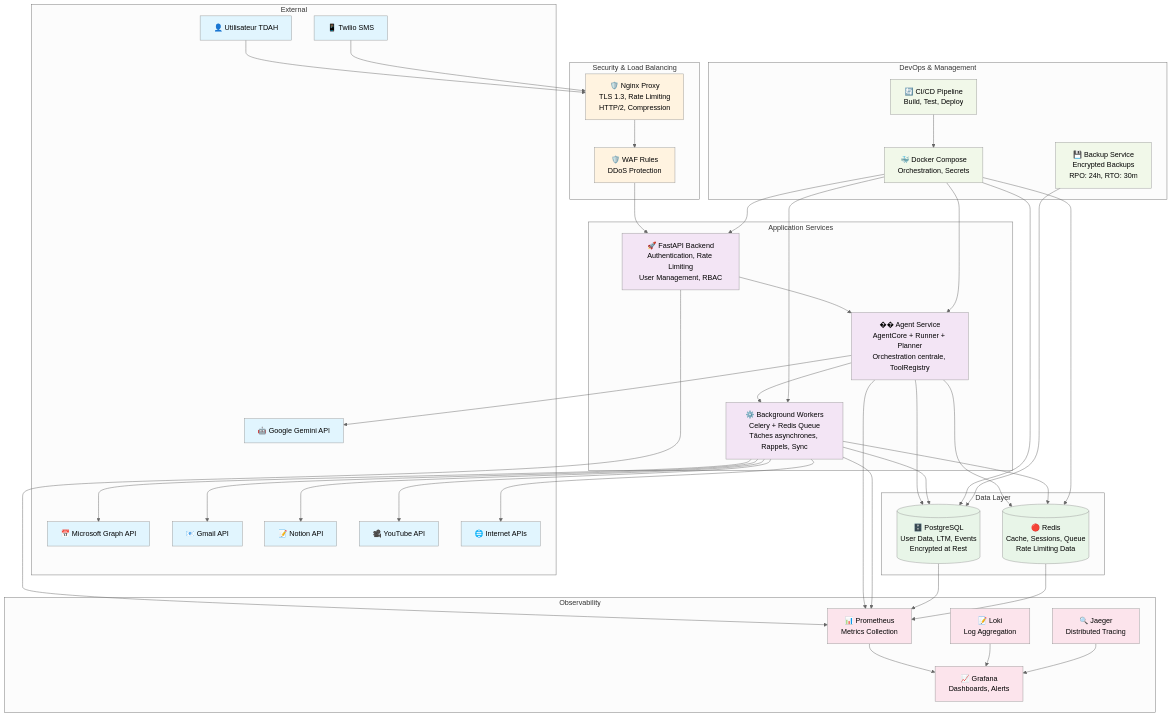
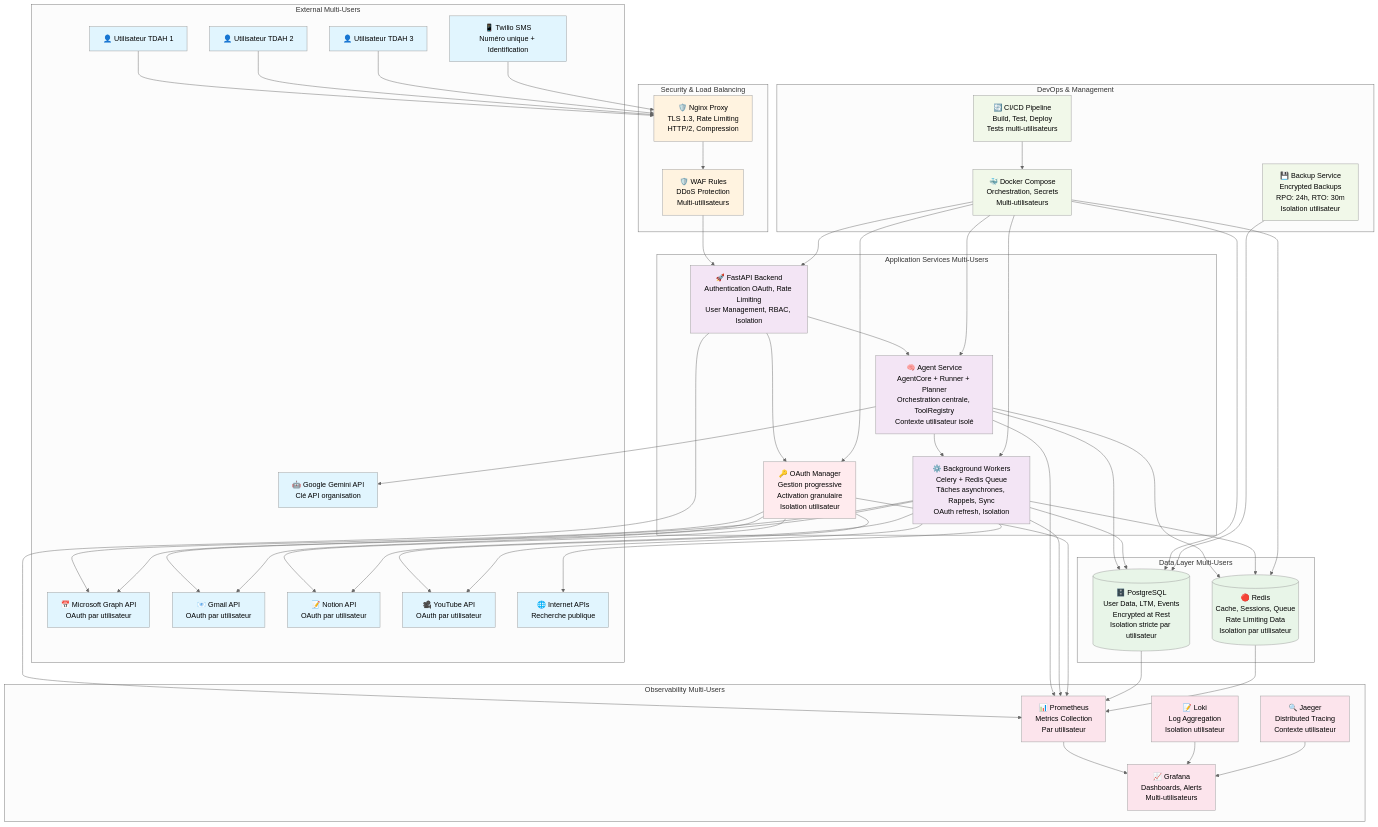
The first of 2 diagrams in docs/architecture/2_MAE_technical_solution.md (BlokusPokus/ai_assistant), drawn with Mermaid (neutral theme) before and after one commit. The commit also changed other lines of this file and 13 other files, not shown here.

First line of the commit message:
feat: Enhance Architecture Documentation for Multi-User Support and OAuth Integration

````diff
--- a/docs/architecture/2_MAE_technical_solution.md
+++ b/docs/architecture/2_MAE_technical_solution.md
@@ -80,53 +83,58 @@
 ```mermaid
 graph TB
     %% External Users and Services
-    subgraph "External"
-        USER[👤 Utilisateur TDAH]
-        TWILIO[📱 Twilio SMS]
-        GEMINI[🤖 Google Gemini API]
-        GRAPH[📅 Microsoft Graph API]
-        GMAIL[📧 Gmail API]
-        NOTION[📝 Notion API]
-        YOUTUBE[🎥 YouTube API]
-        INTERNET[🌐 Internet APIs]
+    subgraph "External Multi-Users"
+        USER1[👤 Utilisateur TDAH 1]
+        USER2[👤 Utilisateur TDAH 2]
+        USER3[👤 Utilisateur TDAH 3]
+        TWILIO[📱 Twilio SMS<br/>Numéro unique + Identification]
+        GEMINI[🤖 Google Gemini API<br/>Clé API organisation]
+        GRAPH[📅 Microsoft Graph API<br/>OAuth par utilisateur]
+        GMAIL[📧 Gmail API<br/>OAuth par utilisateur]
+        NOTION[📝 Notion API<br/>OAuth par utilisateur]
+        YOUTUBE[🎥 YouTube API<br/>OAuth par utilisateur]
+        INTERNET[🌐 Internet APIs<br/>Recherche publique]
     end
 
     %% Load Balancer and Security Layer
     subgraph "Security & Load Balancing"
         NGINX[🛡️ Nginx Proxy<br/>TLS 1.3, Rate Limiting<br/>HTTP/2, Compression]
-        WAF[🛡️ WAF Rules<br/>DDoS Protection]
+        WAF[🛡️ WAF Rules<br/>DDoS Protection<br/>Multi-utilisateurs]
     end
 
     %% Main Application Services
-    subgraph "Application Services"
-        API[🚀 FastAPI Backend<br/>Authentication, Rate Limiting<br/>User Management, RBAC]
-        AGENT[�� Agent Service<br/>AgentCore + Runner + Planner<br/>Orchestration centrale, ToolRegistry]
-        WORKERS[⚙️ Background Workers<br/>Celery + Redis Queue<br/>Tâches asynchrones, Rappels, Sync]
+    subgraph "Application Services Multi-Users"
+        API[🚀 FastAPI Backend<br/>Authentication OAuth, Rate Limiting<br/>User Management, RBAC, Isolation]
+        AGENT[🧠 Agent Service<br/>AgentCore + Runner + Planner<br/>Orchestration centrale, ToolRegistry<br/>Contexte utilisateur isolé]
+        WORKERS[⚙️ Background Workers<br/>Celery + Redis Queue<br/>Tâches asynchrones, Rappels, Sync<br/>OAuth refresh, Isolation]
+        OAUTH_MGR[🔑 OAuth Manager<br/>Gestion progressive<br/>Activation granulaire<br/>Isolation utilisateur]
     end
 
     %% Data Layer
-    subgraph "Data Layer"
-        POSTGRES[(🗄️ PostgreSQL<br/>User Data, LTM, Events<br/>Encrypted at Rest)]
-        REDIS[(🔴 Redis<br/>Cache, Sessions, Queue<br/>Rate Limiting Data)]
+    subgraph "Data Layer Multi-Users"
+        POSTGRES[(🗄️ PostgreSQL<br/>User Data, LTM, Events<br/>Encrypted at Rest<br/>Isolation stricte par utilisateur)]
+        REDIS[(🔴 Redis<br/>Cache, Sessions, Queue<br/>Rate Limiting Data<br/>Isolation par utilisateur)]
     end
 
     %% Monitoring and Observability
-    subgraph "Observability"
-        PROMETHEUS[📊 Prometheus<br/>Metrics Collection]
-        GRAFANA[📈 Grafana<br/>Dashboards, Alerts]
-        LOKI[📝 Loki<br/>Log Aggregation]
-        JAEGER[🔍 Jaeger<br/>Distributed Tracing]
+    subgraph "Observability Multi-Users"
+        PROMETHEUS[📊 Prometheus<br/>Metrics Collection<br/>Par utilisateur]
+        GRAFANA[📈 Grafana<br/>Dashboards, Alerts<br/>Multi-utilisateurs]
+        LOKI[📝 Loki<br/>Log Aggregation<br/>Isolation utilisateur]
+        JAEGER[🔍 Jaeger<br/>Distributed Tracing<br/>Contexte utilisateur]
     end
 
     %% CI/CD and Management
     subgraph "DevOps & Management"
-        DOCKER[🐳 Docker Compose<br/>Orchestration, Secrets]
-        CI_CD[🔄 CI/CD Pipeline<br/>Build, Test, Deploy]
-        BACKUP[💾 Backup Service<br/>Encrypted Backups<br/>RPO: 24h, RTO: 30m]
+        DOCKER[🐳 Docker Compose<br/>Orchestration, Secrets<br/>Multi-utilisateurs]
+        CI_CD[🔄 CI/CD Pipeline<br/>Build, Test, Deploy<br/>Tests multi-utilisateurs]
+        BACKUP[💾 Backup Service<br/>Encrypted Backups<br/>RPO: 24h, RTO: 30m<br/>Isolation utilisateur]
     end
 
-    %% ===== FLUX PRINCIPAL : Utilisateur → API → AGENT =====
-    USER --> NGINX
+    %% ===== FLUX PRINCIPAL : Multi-utilisateurs avec OAuth =====
+    USER1 --> NGINX
+    USER2 --> NGINX
+    USER3 --> NGINX
     TWILIO --> NGINX
 
     NGINX --> WAF
@@ -134,11 +142,18 @@
 
     %% ===== AGENT EST LE POINT CENTRAL D'ORCHESTRATION =====
     API --> AGENT
+    API --> OAUTH_MGR
 
     %% ===== AGENT ORCHESTRE TOUS LES SERVICES ET OUTILS =====
     AGENT --> GEMINI
     AGENT --> POSTGRES
     AGENT --> REDIS
+
+    %% ===== OAuth Manager gère les intégrations par utilisateur =====
+    OAUTH_MGR --> GRAPH
+    OAUTH_MGR --> GMAIL
+    OAUTH_MGR --> NOTION
+    OAUTH_MGR --> YOUTUBE
 
     %% ===== AGENT COORDONNE AVEC LES WORKERS POUR LES TÂCHES ASYNCHRONES =====
     AGENT --> WORKERS
@@ -156,6 +171,7 @@
     API --> PROMETHEUS
     AGENT --> PROMETHEUS
     WORKERS --> PROMETHEUS
+    OAUTH_MGR --> PROMETHEUS
     POSTGRES --> PROMETHEUS
     REDIS --> PROMETHEUS
 
@@ -167,6 +183,7 @@
     DOCKER --> API
     DOCKER --> AGENT
     DOCKER --> WORKERS
+    DOCKER --> OAUTH_MGR
     DOCKER --> POSTGRES
     DOCKER --> REDIS
 
@@ -180,11 +197,13 @@
     classDef data fill:#e8f5e8
     classDef monitoring fill:#fce4ec
     classDef devops fill:#f1f8e9
+    classDef oauth fill:#ffebee
 
-    class USER,TWILIO,GEMINI,GRAPH,GMAIL,NOTION,YOUTUBE,INTERNET external
+    class USER1,USER2,USER3,TWILIO,GEMINI,GRAPH,GMAIL,NOTION,YOUTUBE,INTERNET external
     class NGINX,WAF security
-    class API,AGENT,WORKERS app
+    class API,AGENT,WORKERS,OAUTH_MGR app
     class POSTGRES,REDIS data
     class PROMETHEUS,GRAFANA,LOKI,JAEGER monitoring
     class DOCKER,CI_CD,BACKUP devops
+    class OAUTH_MGR oauth
 ```
````
